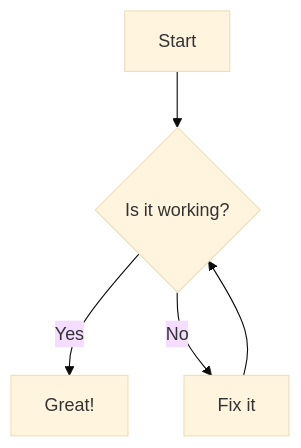
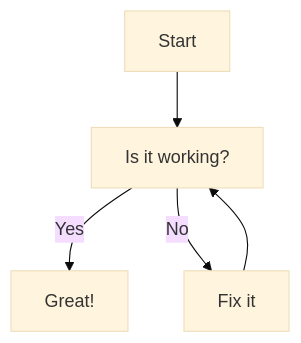
One commit to MateuxLucax/mateux-dot-dev changed the diagram in src/posts/first-post.md. Above: the diagram before and after it, drawn with Mermaid (base theme). The commit also changed other lines of this file and 12 other files, not shown here.

Commit message:
feat: add mermaid support

````diff
--- a/src/posts/first-post.md
+++ b/src/posts/first-post.md
@@ -12,7 +12,7 @@
 ```mermaid
 graph TD;
-    A[Start] --> B{Is it working?};
+    A[Start] --> B[Is it working?];
     B -- Yes --> C[Great!];
     B -- No --> D[Fix it];
     D --> B;
 ```
````
